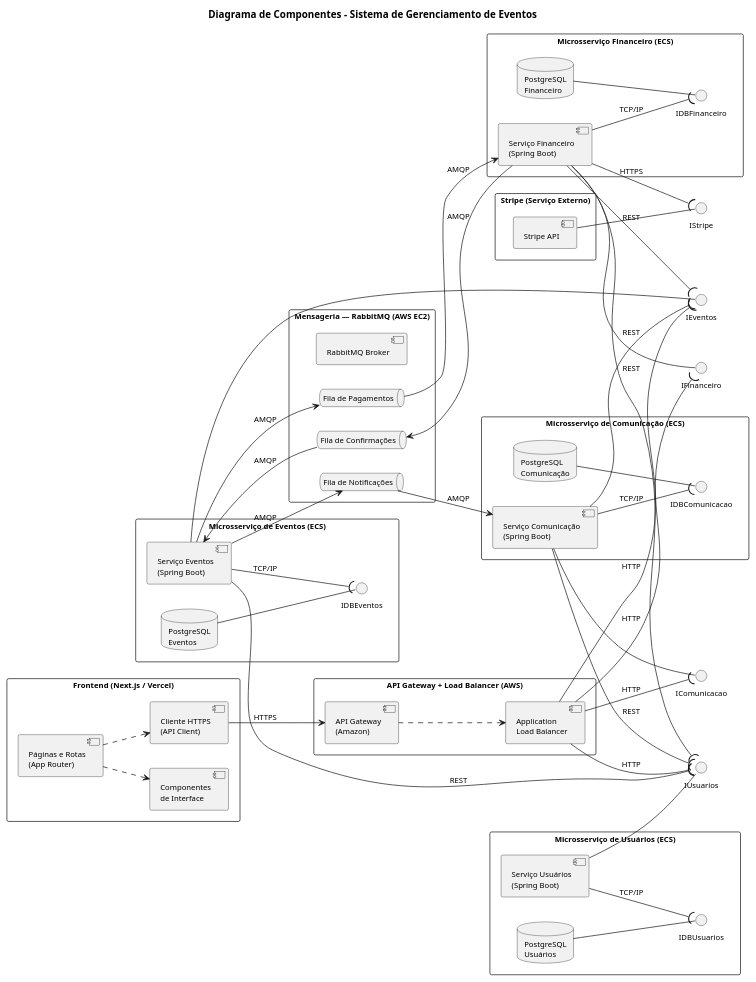
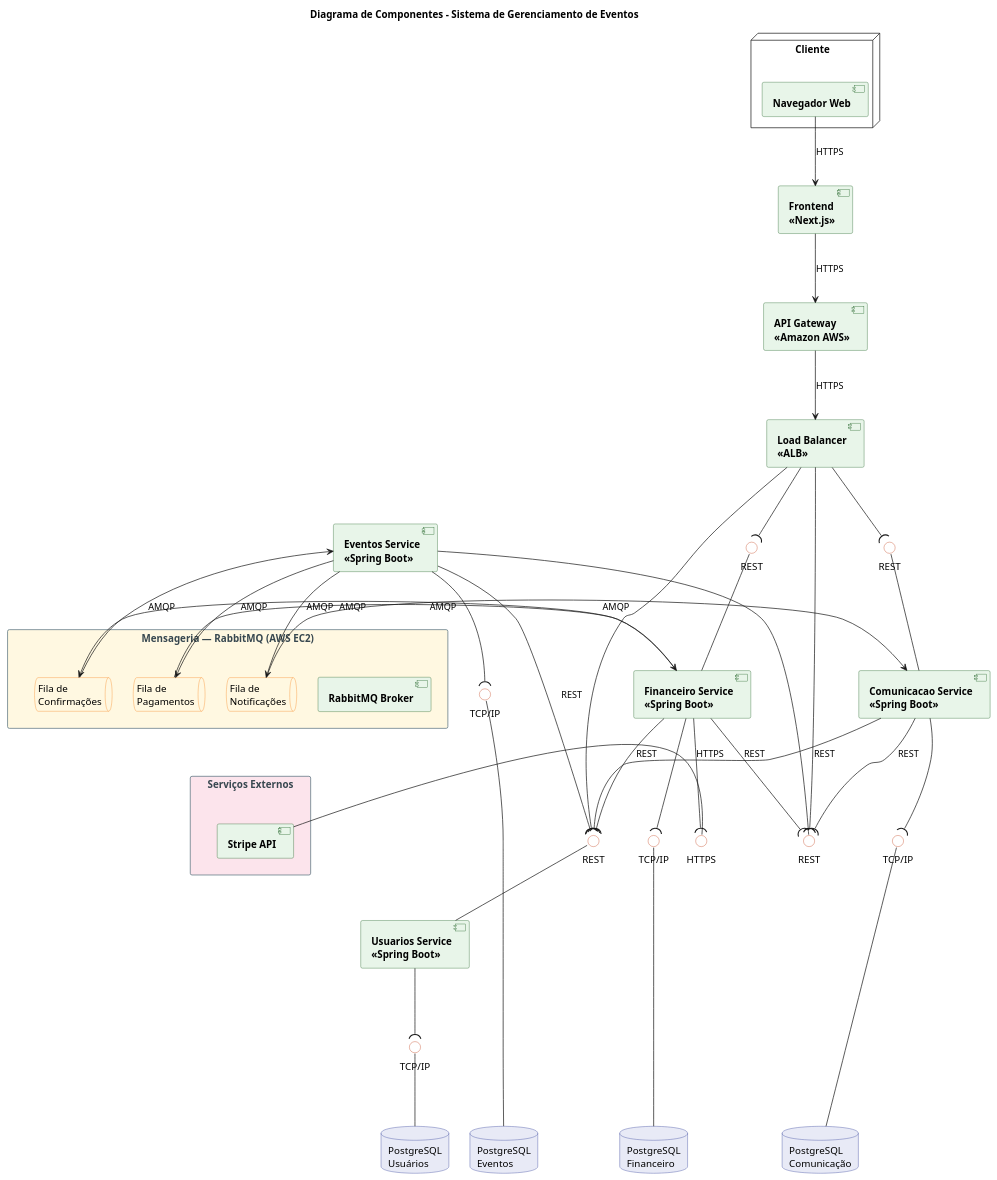
Before and after one commit to arturbomtempo-learning/software-project-final-work: the diagram in codes/deployment-diagram/deployment-diagram.puml, drawn with PlantUML. The commit also changed 1 other file, not shown here.

Commit message:
chore: update deployment and implantation diagrams

```diff
--- a/codes/deployment-diagram/deployment-diagram.puml
+++ b/codes/deployment-diagram/deployment-diagram.puml
@@ -1,171 +1,130 @@
 @startuml component-diagram
-
-skinparam componentStyle uml2
-skinparam shadowing false
-skinparam backgroundColor white
-skinparam defaultFontSize 11
-skinparam packageStyle rectangle
-
-left to right direction
 
 title Diagrama de Componentes - Sistema de Gerenciamento de Eventos
 
-'==========================
-' INTERFACES DE SERVIÇO
-' (publicadas pelos microsserviços)
-'==========================
+skinparam nodesep 30
+skinparam ranksep 80
 
-interface "IUsuarios"    as IUsers
-interface "IEventos"     as IEvents
-interface "IFinanceiro"  as IFinancial
-interface "IComunicacao" as ICommunication
-interface "IStripe"      as IStripe
-
-'==========================
-' FRONTEND
-'==========================
-
-package "Frontend (Next.js / Vercel)" as FrontendPkg {
-    component "Páginas e Rotas\n(App Router)" as Pages
-    component "Componentes\nde Interface"      as UIComp
-    component "Cliente HTTPS\n(API Client)"    as APIClient
-
-    Pages ..> UIComp
-    Pages ..> APIClient
+skinparam component {
+  BackgroundColor #E8F5E9
+  BorderColor #1B5E20
+  FontStyle bold
 }
 
-'==========================
-' CAMADA DE ENTRADA (AWS)
-'==========================
-
-package "API Gateway + Load Balancer (AWS)" as GatewayPkg {
-    component "API Gateway\n(Amazon)" as ApiGateway
-    component "Application\nLoad Balancer" as ALB
-
-    ApiGateway ..> ALB
+skinparam database {
+  BackgroundColor #E8EAF6
+  BorderColor #283593
 }
 
-'==========================
-' MICROSSERVIÇO DE USUÁRIOS
-'==========================
-
-package "Microsserviço de Usuários (ECS)" {
-    component "Serviço Usuários\n(Spring Boot)" as UserService
-    database "PostgreSQL\nUsuários"             as UserDB
-    interface "IDBUsuarios"                     as IDBU
-
-    UserDB      -- IDBU
-    UserService --( IDBU : TCP/IP
+skinparam interface {
+  BackgroundColor #FFFFFF
+  BorderColor #BF360C
 }
 
-'==========================
-' MICROSSERVIÇO DE EVENTOS
-'==========================
-
-package "Microsserviço de Eventos (ECS)" {
-    component "Serviço Eventos\n(Spring Boot)" as EventService
-    database "PostgreSQL\nEventos"              as EventDB
-    interface "IDBEventos"                      as IDBE
-
-    EventDB      -- IDBE
-    EventService --( IDBE : TCP/IP
+skinparam queue {
+  BackgroundColor #FFF8E1
+  BorderColor #F57F17
 }
 
-'==========================
-' MICROSSERVIÇO FINANCEIRO
-'==========================
-
-package "Microsserviço Financeiro (ECS)" {
-    component "Serviço Financeiro\n(Spring Boot)" as FinancialService
-    database "PostgreSQL\nFinanceiro"               as FinancialDB
-    interface "IDBFinanceiro"                        as IDBF
-
-    FinancialDB      -- IDBF
-    FinancialService --( IDBF : TCP/IP
+skinparam rectangle {
+  BorderColor #546E7A
+  FontColor #37474F
 }
 
-'==========================
-' MICROSSERVIÇO DE COMUNICAÇÃO
-'==========================
-
-package "Microsserviço de Comunicação (ECS)" {
-    component "Serviço Comunicação\n(Spring Boot)" as CommunicationService
-    database "PostgreSQL\nComunicação"               as CommunicationDB
-    interface "IDBComunicacao"                        as IDBC
-
-    CommunicationDB      -- IDBC
-    CommunicationService --( IDBC : TCP/IP
+node "Cliente" {
+    [Navegador Web] as WEB
 }
 
-'==========================
-' MENSAGERIA - RABBITMQ (EC2)
-'==========================
+[Frontend\n<<Next.js>>] as FRONT
 
-package "Mensageria — RabbitMQ (AWS EC2)" as MessagingPkg {
-    component "RabbitMQ Broker"         as RabbitMQ
-    queue "Fila de Pagamentos"          as PaymentQueue
-    queue "Fila de Confirmações"        as ConfirmationQueue
-    queue "Fila de Notificações"        as NotificationQueue
+WEB --> FRONT : HTTPS
+
+[API Gateway\n<<Amazon AWS>>] as APIGW
+
+FRONT --> APIGW : HTTPS
+
+[Load Balancer\n<<ALB>>] as ALB
+
+APIGW --> ALB : HTTPS
+
+interface "REST" as iUSER
+interface "REST" as iEVENTS
+interface "REST" as iFIN
+interface "REST" as iCOMM
+
+ALB --( iUSER
+ALB --( iEVENTS
+ALB --( iFIN
+ALB --( iCOMM
+
+[Usuarios Service\n<<Spring Boot>>]    as USERS
+[Eventos Service\n<<Spring Boot>>]     as EVENTS
+[Financeiro Service\n<<Spring Boot>>]  as FIN
+[Comunicacao Service\n<<Spring Boot>>] as COMM
+
+USERS  -up- iUSER
+EVENTS -up- iEVENTS
+FIN    -up- iFIN
+COMM   -up- iCOMM
+
+EVENTS --( iUSER   : REST
+FIN    --( iUSER   : REST
+COMM   --( iUSER   : REST
+FIN    --( iEVENTS : REST
+COMM   --( iEVENTS : REST
+
+interface "TCP/IP" as iDB1
+interface "TCP/IP" as iDB2
+interface "TCP/IP" as iDB3
+interface "TCP/IP" as iDB4
+
+USERS  --( iDB1
+EVENTS --( iDB2
+FIN    --( iDB3
+COMM   --( iDB4
+
+database "PostgreSQL\nUsuários"    as DB1
+database "PostgreSQL\nEventos"     as DB2
+database "PostgreSQL\nFinanceiro"  as DB3
+database "PostgreSQL\nComunicação" as DB4
+
+iDB1 -down- DB1
+iDB2 -down- DB2
+iDB3 -down- DB3
+iDB4 -down- DB4
+
+rectangle "Mensageria — RabbitMQ (AWS EC2)" as MQ #FFF8E1 {
+    [RabbitMQ Broker] as RABBIT
+    queue "Fila de\nPagamentos"   as Q_PAY
+    queue "Fila de\nConfirmações" as Q_CONF
+    queue "Fila de\nNotificações" as Q_NOTIF
 }
 
-'==========================
-' SERVIÇO EXTERNO - STRIPE
-'==========================
+EVENTS --> Q_PAY   : AMQP
+Q_PAY  --> FIN     : AMQP
+FIN    --> Q_CONF  : AMQP
+Q_CONF --> EVENTS  : AMQP
+EVENTS --> Q_NOTIF : AMQP
+Q_NOTIF --> COMM   : AMQP
 
-package "Stripe (Serviço Externo)" as StripePkg {
-    component "Stripe API" as Stripe
+rectangle "Serviços Externos" as EXT #FCE4EC {
+    [Stripe API] as STRIPE
 }
 
-'==========================
-' INTERFACES FORNECIDAS — SERVIÇOS (lollipop)
-'==========================
+interface "HTTPS" as iSTRIPE
 
-UserService          -- IUsers
-EventService         -- IEvents
-FinancialService     -- IFinancial
-CommunicationService -- ICommunication
-Stripe               -- IStripe
+STRIPE  -left- iSTRIPE
+FIN    --( iSTRIPE : HTTPS
 
-'==========================
-' FRONTEND → GATEWAY → MICROSSERVIÇOS
-'==========================
+USERS  -[hidden]right- EVENTS
+EVENTS -[hidden]right- FIN
+FIN    -[hidden]right- COMM
 
-APIClient --> ApiGateway : HTTPS
+DB1 -[hidden]right- DB2
+DB2 -[hidden]right- DB3
+DB3 -[hidden]right- DB4
 
-ALB --( IUsers         : HTTP
-ALB --( IEvents        : HTTP
-ALB --( IFinancial     : HTTP
-ALB --( ICommunication : HTTP
-
-'==========================
-' COMUNICAÇÃO REST ENTRE MICROSSERVIÇOS
-' (interface fornecida + requerida = assembly connector)
-'==========================
-
-EventService         --( IUsers  : REST
-FinancialService     --( IUsers  : REST
-CommunicationService --( IUsers  : REST
-
-FinancialService     --( IEvents : REST
-CommunicationService --( IEvents : REST
-
-'==========================
-' MENSAGERIA — AMQP
-'==========================
-
-EventService         --> PaymentQueue      : AMQP
-PaymentQueue         --> FinancialService  : AMQP
-
-FinancialService     --> ConfirmationQueue : AMQP
-ConfirmationQueue    --> EventService      : AMQP
-
-EventService         --> NotificationQueue : AMQP
-NotificationQueue    --> CommunicationService : AMQP
-
-'==========================
-' INTEGRAÇÃO STRIPE
-'==========================
-
-FinancialService --( IStripe : HTTPS
+COMM -[hidden]right- MQ
+MQ   -[hidden]down-  EXT
 
 @enduml
```
